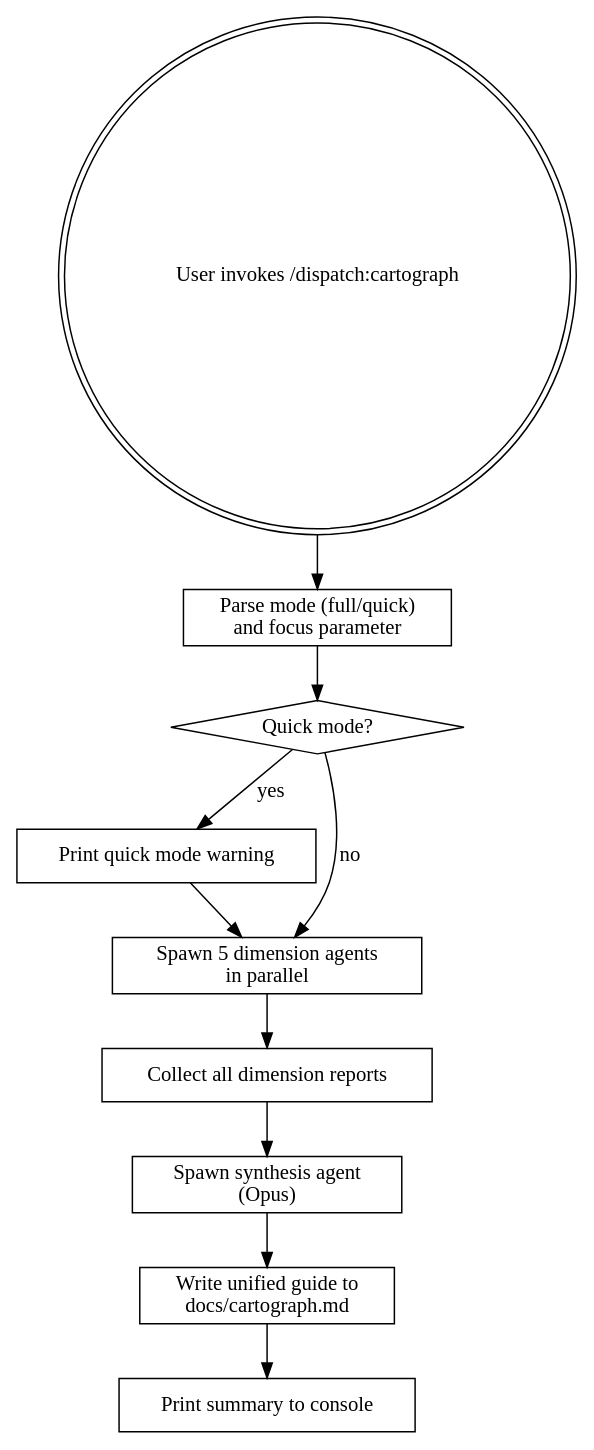
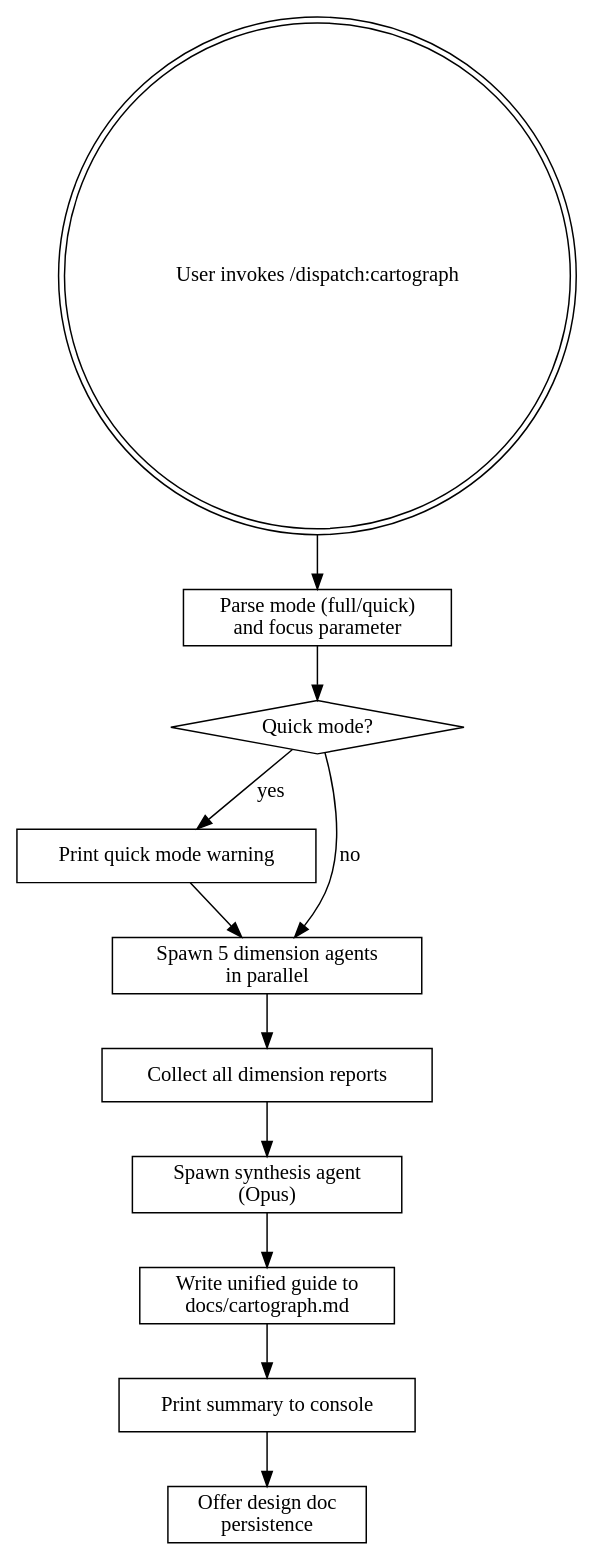
Before and after one commit to KwanwooLee36/dispatch: the diagram in skills/cartograph/SKILL.md, drawn with Graphviz. The commit also changed 9 other files, not shown here.

````diff
--- a/skills/cartograph/SKILL.md
+++ b/skills/cartograph/SKILL.md
@@ -37,26 +37,28 @@
 ```dot
 digraph cartograph_flow {
     rankdir=TB;
     node [shape=box];
 
     start [label="User invokes /dispatch:cartograph" shape=doublecircle];
     parse [label="Parse mode (full/quick)\nand focus parameter"];
     warning [label="Quick mode?" shape=diamond];
     print_warning [label="Print quick mode warning"];
     dispatch [label="Spawn 5 dimension agents\nin parallel"];
     collect [label="Collect all dimension reports"];
     synthesis [label="Spawn synthesis agent\n(Opus)"];
     write [label="Write unified guide to\ndocs/cartograph.md"];
     console [label="Print summary to console"];
+    offer [label="Offer design doc\npersistence"];
 
     start -> parse;
     parse -> warning;
     warning -> print_warning [label="yes"];
     warning -> dispatch [label="no"];
     print_warning -> dispatch;
     dispatch -> collect;
     collect -> synthesis;
     synthesis -> write;
     write -> console;
+    console -> offer;
 }
 ```
````
